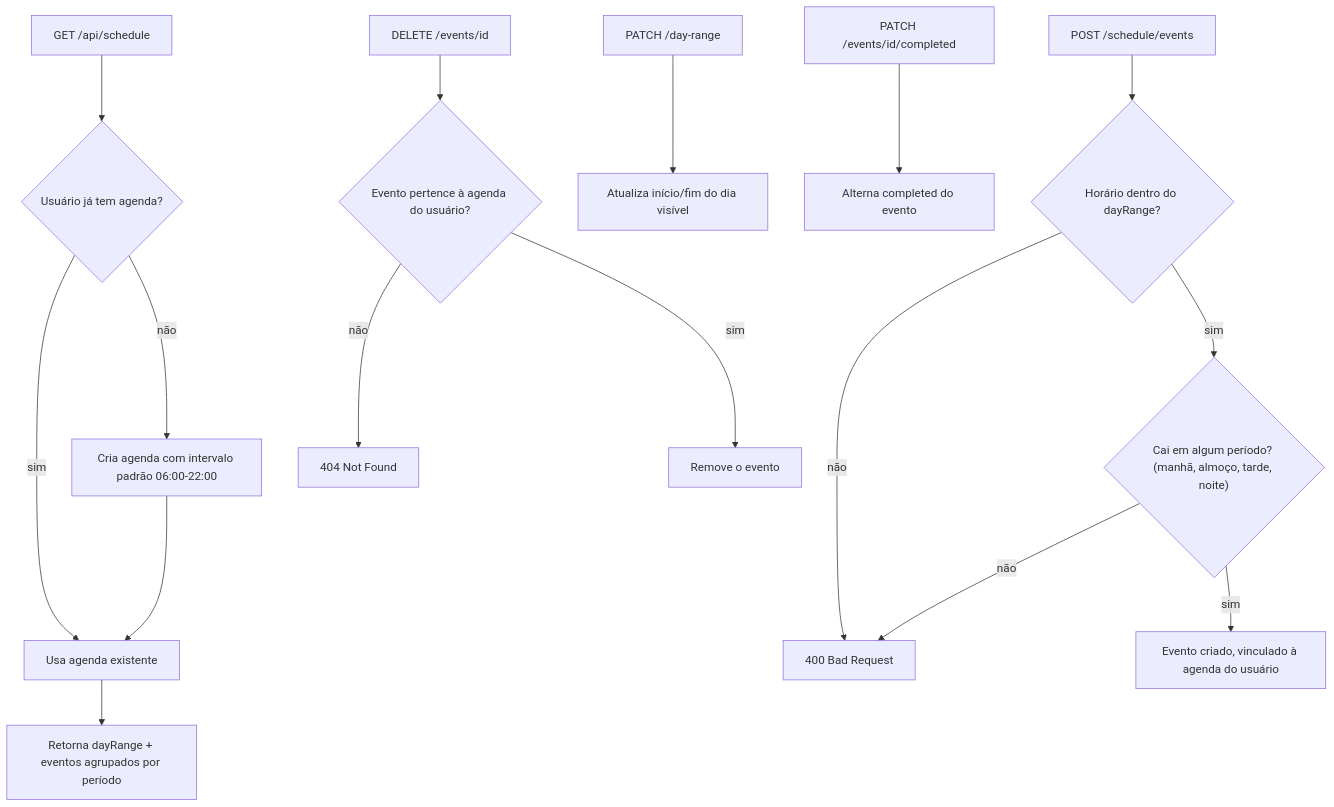
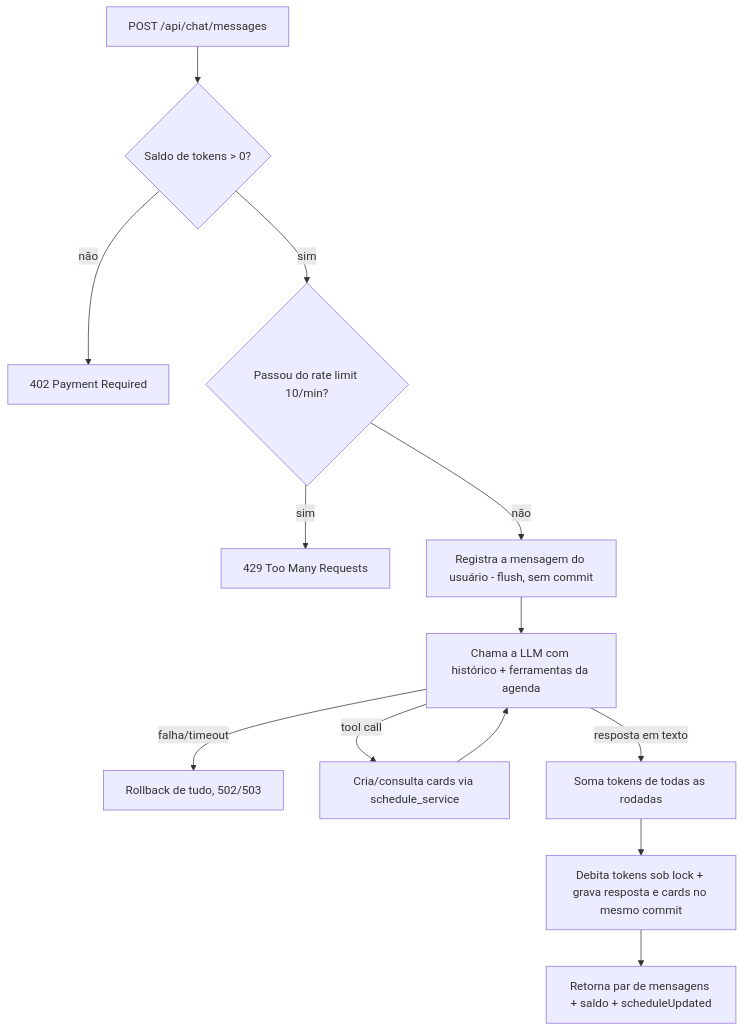
The third of 4 diagrams in Card_14-Pratica_Projeto-Final-Part-Final/backend/README.md (SebenJose/Fast-Camp---Web), drawn with Mermaid before and after one commit. The commit also changed other lines of this file and 2 other files, not shown here.

Commit message:
docs: atualiza os READMEs com chat, cobrança, métricas e segurança

````diff
--- a/Card_14-Pratica_Projeto-Final-Part-Final/backend/README.md
+++ b/Card_14-Pratica_Projeto-Final-Part-Final/backend/README.md
@@ -168,20 +224,15 @@
 ```mermaid
 flowchart TD
-  A[GET /api/schedule] --> B{Usuário já tem agenda?}
-  B -->|não| C[Cria agenda com intervalo padrão 06:00-22:00]
-  B -->|sim| D[Usa agenda existente]
-  C --> D
-  D --> E[Retorna dayRange + eventos agrupados por período]
-
-  F[POST /schedule/events] --> G{Horário dentro do dayRange?}
-  G -->|não| H[400 Bad Request]
-  G -->|sim| I{"Cai em algum período? (manhã, almoço, tarde, noite)"}
-  I -->|não| H
-  I -->|sim| J[Evento criado, vinculado à agenda do usuário]
-
-  K[PATCH /day-range] --> L[Atualiza início/fim do dia visível]
-  M[PATCH /events/id/completed] --> N[Alterna completed do evento]
-  O[DELETE /events/id] --> P{Evento pertence à agenda do usuário?}
-  P -->|não| Q[404 Not Found]
-  P -->|sim| R[Remove o evento]
+  A[POST /api/chat/messages] --> B{Saldo de tokens > 0?}
+  B -->|não| C[402 Payment Required]
+  B -->|sim| D{Passou do rate limit 10/min?}
+  D -->|sim| E[429 Too Many Requests]
+  D -->|não| F[Registra a mensagem do usuário - flush, sem commit]
+  F --> G[Chama a LLM com histórico + ferramentas da agenda]
+  G -->|falha/timeout| H[Rollback de tudo, 502/503]
+  G -->|tool call| I[Cria/consulta cards via schedule_service]
+  I --> G
+  G -->|resposta em texto| J[Soma tokens de todas as rodadas]
+  J --> K[Debita tokens sob lock + grava resposta e cards no mesmo commit]
+  K --> L[Retorna par de mensagens + saldo + scheduleUpdated]
 ```
````
